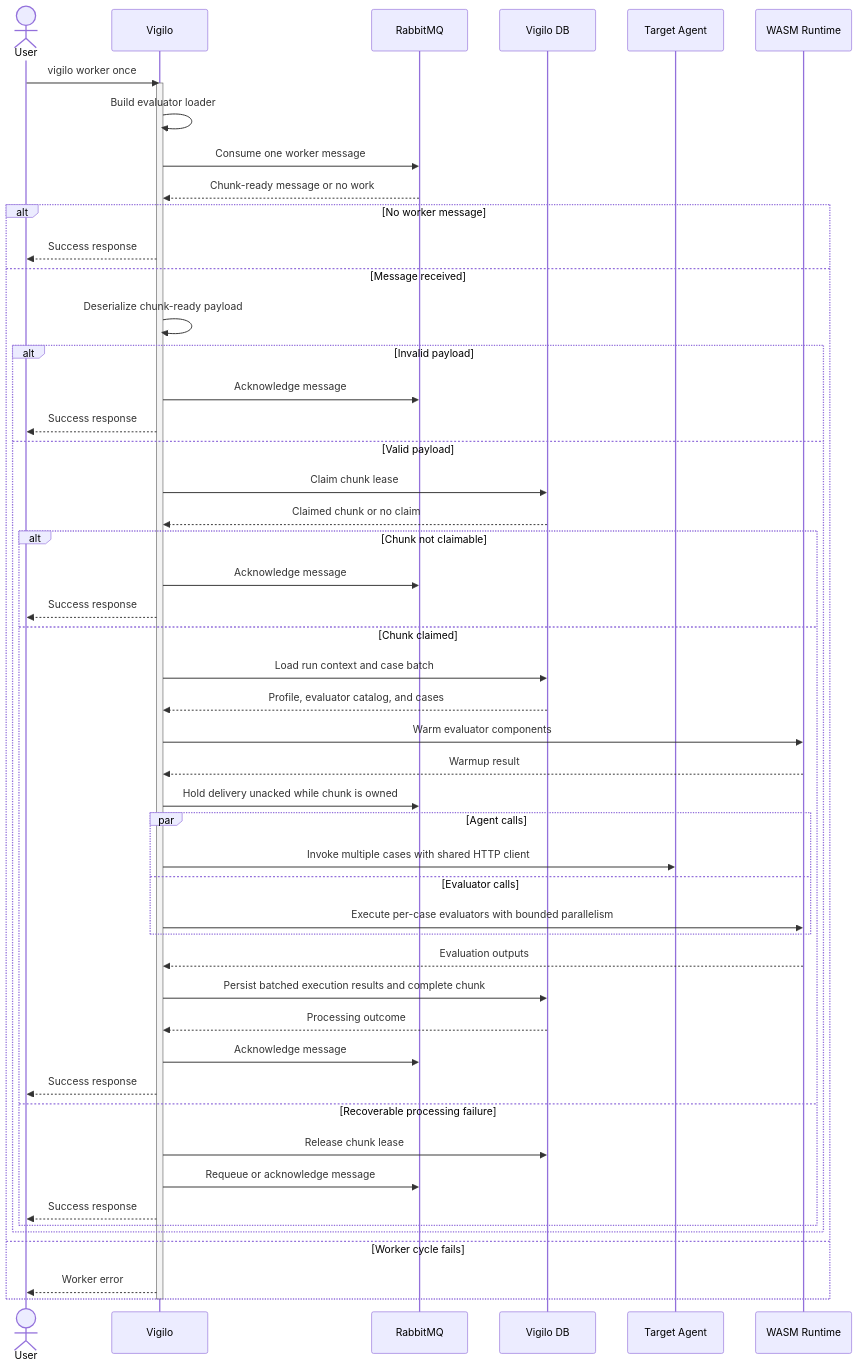
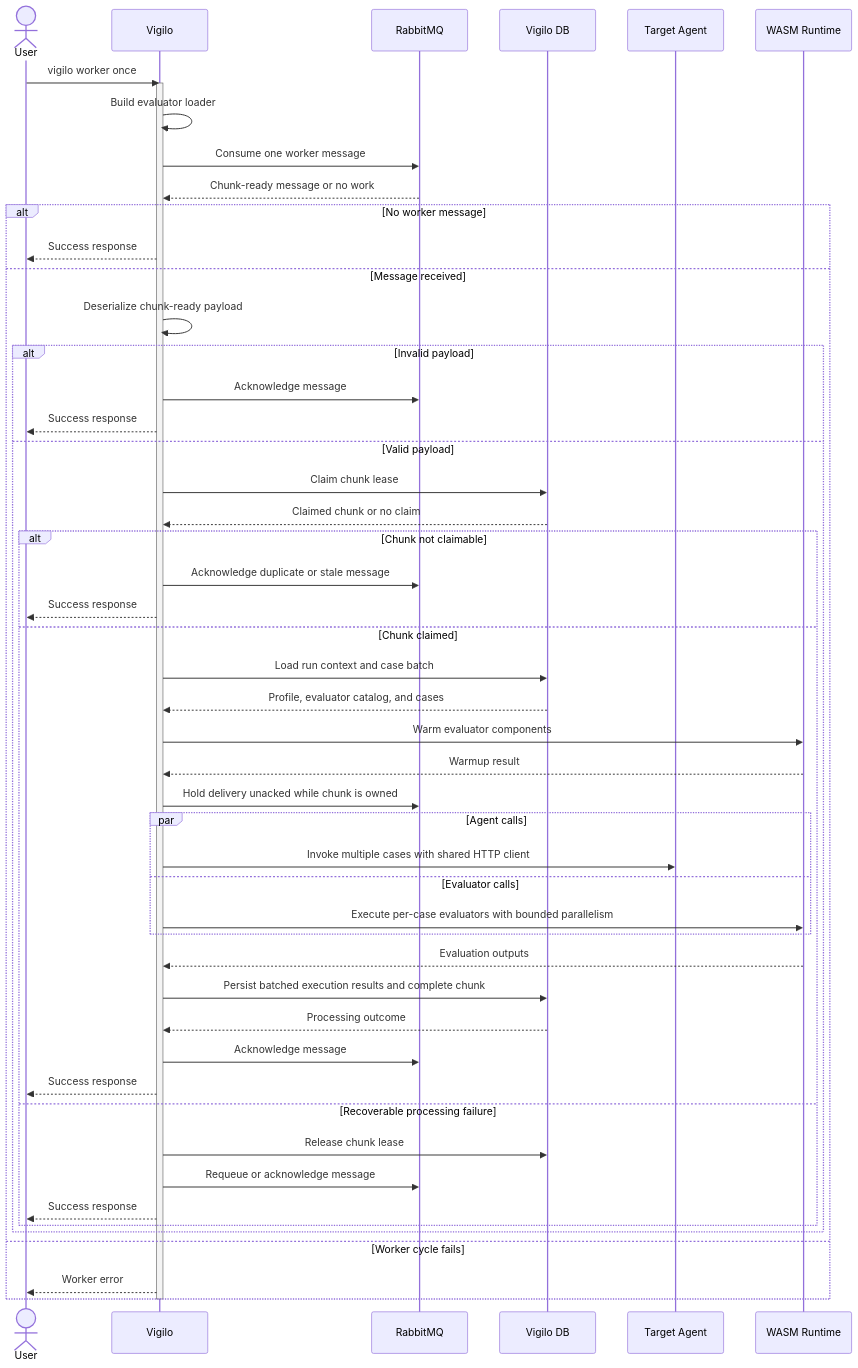
One commit to gregl83/agent-vigilo changed the diagram in web/docs/architecture/flows/worker/once/execution-flow.mmd. Above: the diagram before and after it, drawn with Mermaid. The commit also changed 17 other files, not shown here.

```diff
--- a/web/docs/architecture/flows/worker/once/execution-flow.mmd
+++ b/web/docs/architecture/flows/worker/once/execution-flow.mmd
@@ -1,62 +1,62 @@
 ---
 config:
   flowchart:
     nodeSpacing: 150
     rankSpacing: 80
   themeVariables:
     edgeLabelBackground: 'transparent'
 ---
 sequenceDiagram
     actor User
     participant Vigilo
     participant Queue as RabbitMQ
     participant DB as Vigilo DB
     participant Agent as Target Agent
     participant WASM as WASM Runtime
 
     User->>Vigilo: vigilo worker once
     activate Vigilo
     Vigilo->>Vigilo: Build evaluator loader
     Vigilo->>Queue: Consume one worker message
     Queue-->>Vigilo: Chunk-ready message or no work
 
     alt No worker message
         Vigilo-->>User: Success response
     else Message received
         Vigilo->>Vigilo: Deserialize chunk-ready payload
         alt Invalid payload
             Vigilo->>Queue: Acknowledge message
             Vigilo-->>User: Success response
         else Valid payload
             Vigilo->>DB: Claim chunk lease
             DB-->>Vigilo: Claimed chunk or no claim
 
             alt Chunk not claimable
-                Vigilo->>Queue: Acknowledge message
+                Vigilo->>Queue: Acknowledge duplicate or stale message
                 Vigilo-->>User: Success response
             else Chunk claimed
                 Vigilo->>DB: Load run context and case batch
                 DB-->>Vigilo: Profile, evaluator catalog, and cases
                 Vigilo->>WASM: Warm evaluator components
                 WASM-->>Vigilo: Warmup result
                 Vigilo->>Queue: Hold delivery unacked while chunk is owned
                 par Agent calls
                     Vigilo->>Agent: Invoke multiple cases with shared HTTP client
                 and Evaluator calls
                     Vigilo->>WASM: Execute per-case evaluators with bounded parallelism
                 end
                 WASM-->>Vigilo: Evaluation outputs
                 Vigilo->>DB: Persist batched execution results and complete chunk
                 DB-->>Vigilo: Processing outcome
                 Vigilo->>Queue: Acknowledge message
                 Vigilo-->>User: Success response
             else Recoverable processing failure
                 Vigilo->>DB: Release chunk lease
                 Vigilo->>Queue: Requeue or acknowledge message
                 Vigilo-->>User: Success response
             end
         end
     else Worker cycle fails
         Vigilo-->>User: Worker error
     end
     deactivate Vigilo
```
